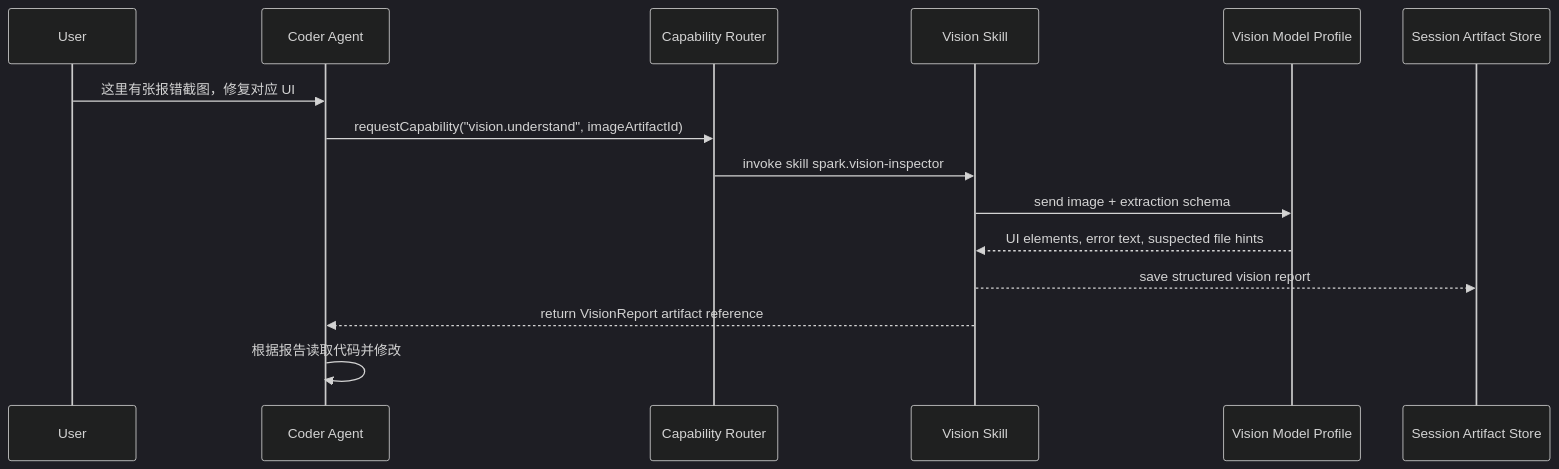
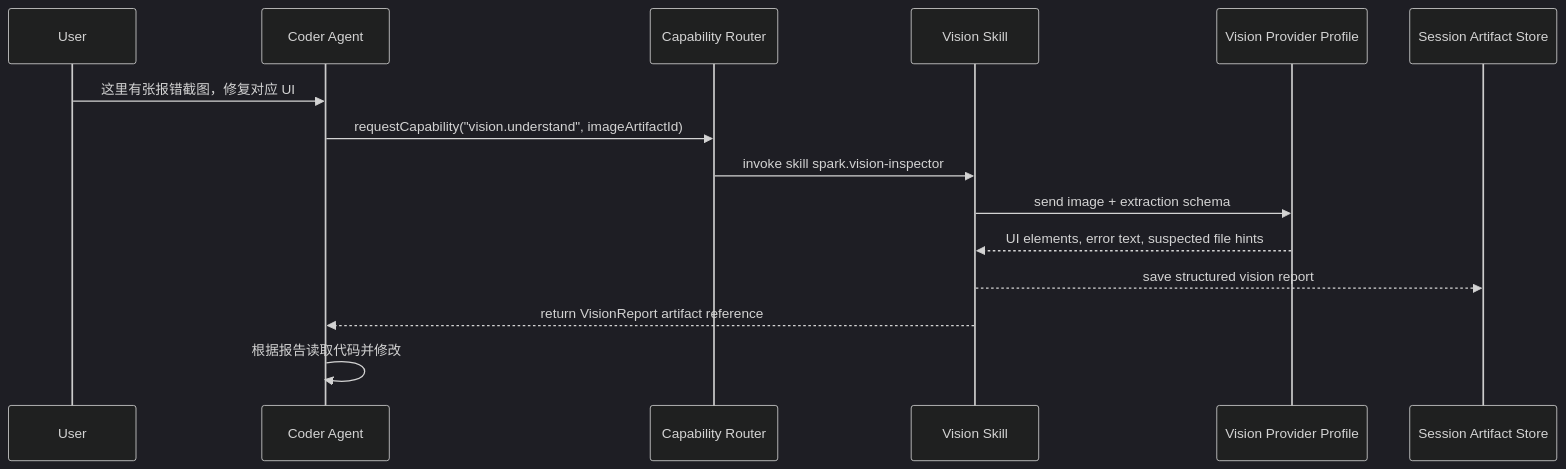
Before and after one commit to alexanderizh/spark-agent: the second of 4 diagrams in docs/desktop-agent-development-guide.md, drawn with Mermaid (dark theme). The commit also changed other lines of this file and 6 other files, not shown here.

````diff
--- a/docs/desktop-agent-development-guide.md
+++ b/docs/desktop-agent-development-guide.md
@@ -891,18 +783,18 @@
 ```mermaid
 sequenceDiagram
   participant U as User
   participant C as Coder Agent
   participant R as Capability Router
   participant V as Vision Skill
-  participant M as Vision Model Profile
+  participant M as Vision Provider Profile
   participant S as Session Artifact Store
 
   U->>C: 这里有张报错截图，修复对应 UI
   C->>R: requestCapability("vision.understand", imageArtifactId)
   R->>V: invoke skill spark.vision-inspector
   V->>M: send image + extraction schema
   M-->>V: UI elements, error text, suspected file hints
   V-->>S: save structured vision report
   V-->>C: return VisionReport artifact reference
   C->>C: 根据报告读取代码并修改
 ```
````
